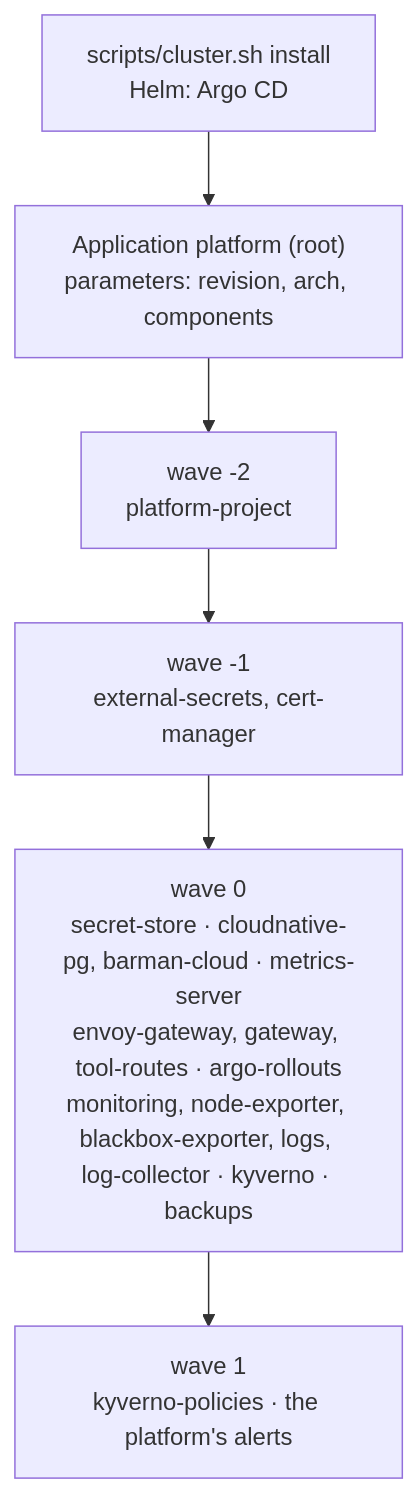
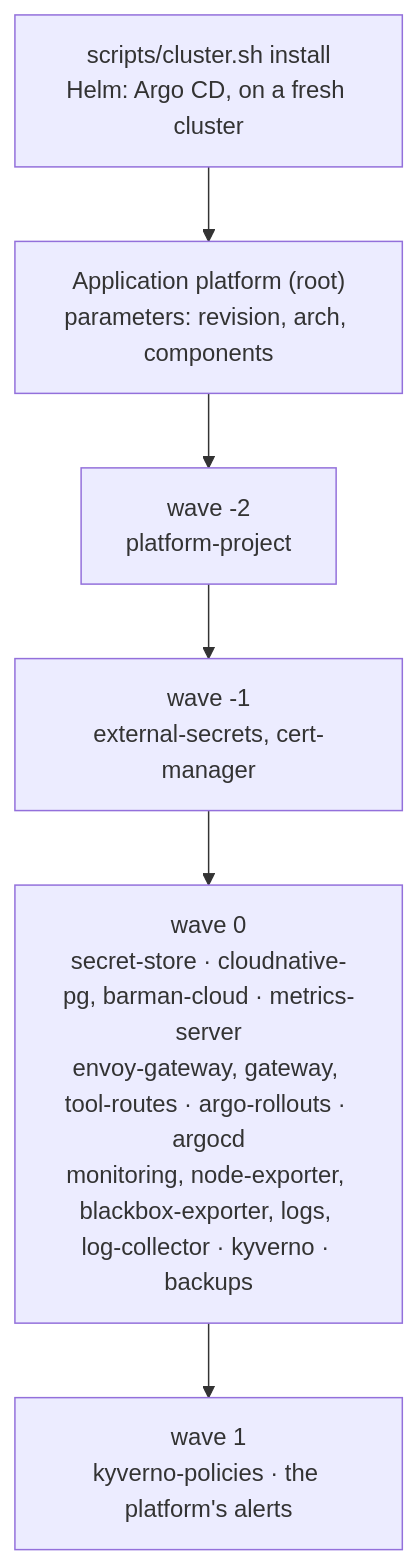
The second of 3 diagrams in docs/DESIGN.md (easypeasyops/platform), drawn with Mermaid before and after one commit. The commit also changed other lines of this file and 6 other files, not shown here.

Commit message:
Argo CD manages its own install: cluster.sh bootstraps it once, its Application owns it (PT-109) (#318)

````diff
--- a/docs/DESIGN.md
+++ b/docs/DESIGN.md
@@ -299,8 +300,8 @@
 ```mermaid
 flowchart TB
-  CS["scripts/cluster.sh install<br/>Helm: Argo CD"] --> Root["Application platform (root)<br/>parameters: revision, arch, components"]
+  CS["scripts/cluster.sh install<br/>Helm: Argo CD, on a fresh cluster"] --> Root["Application platform (root)<br/>parameters: revision, arch, components"]
   Root --> WP["wave -2<br/>platform-project"]
   WP --> WB["wave -1<br/>external-secrets, cert-manager"]
-  WB --> W0["wave 0<br/>secret-store · cloudnative-pg, barman-cloud · metrics-server<br/>envoy-gateway, gateway, tool-routes · argo-rollouts<br/>monitoring, node-exporter, blackbox-exporter, logs, log-collector · kyverno · backups"]
+  WB --> W0["wave 0<br/>secret-store · cloudnative-pg, barman-cloud · metrics-server<br/>envoy-gateway, gateway, tool-routes · argo-rollouts · argocd<br/>monitoring, node-exporter, blackbox-exporter, logs, log-collector · kyverno · backups"]
   W0 --> W1["wave 1<br/>kyverno-policies · the platform's alerts"]
 ```
````
